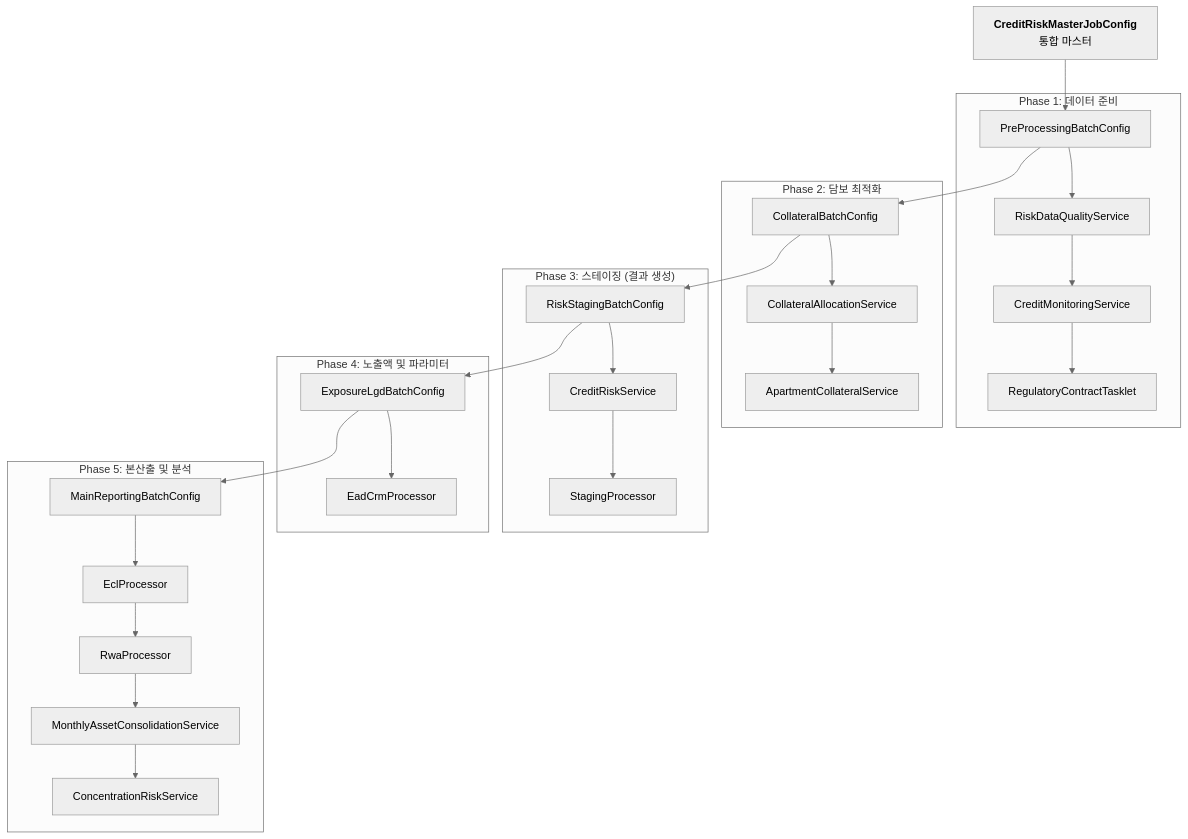
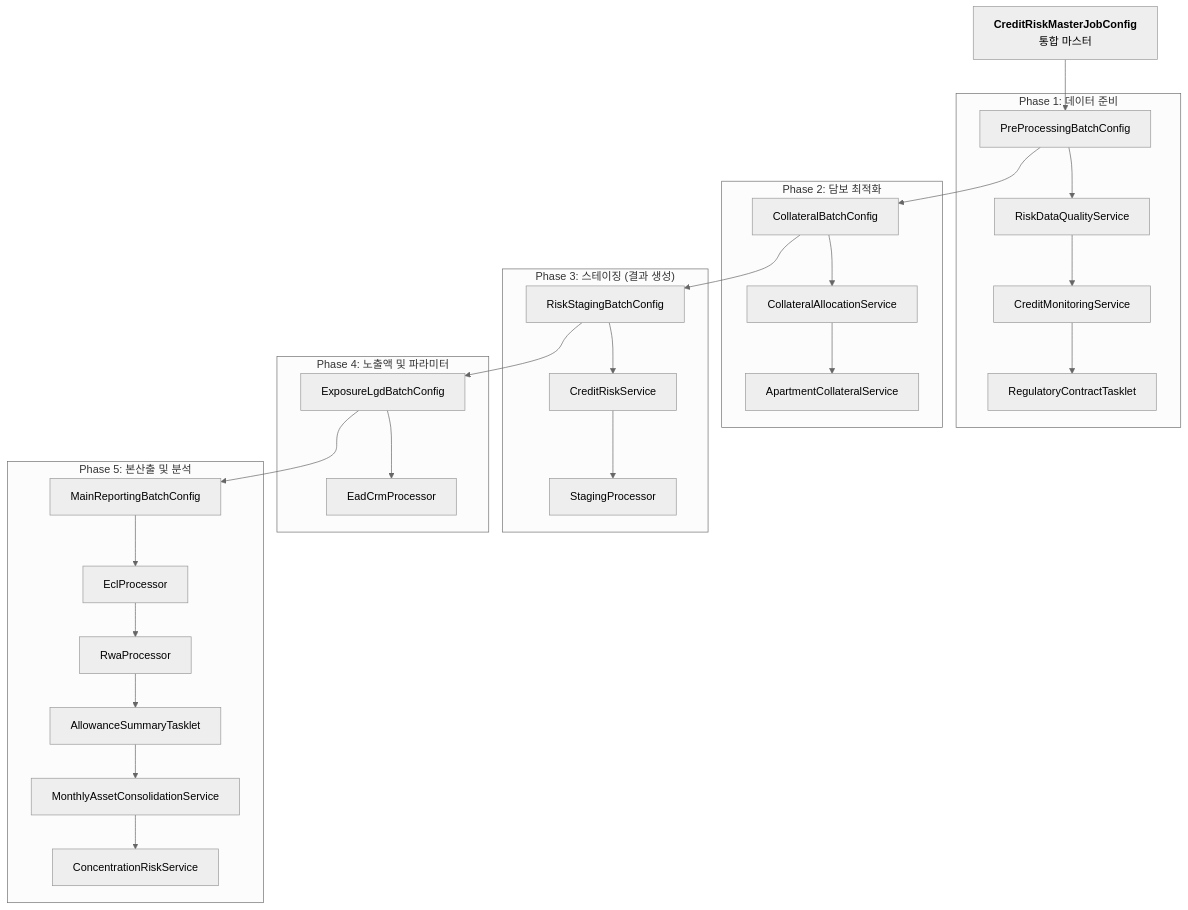
Before and after one commit to skyg547/account: the diagram in ecl/docs/BATCH_EXECUTION_FLOW.md, drawn with Mermaid (neutral theme). The commit also changed other lines of this file and 31 other files, not shown here.

````diff
--- a/ecl/docs/BATCH_EXECUTION_FLOW.md
+++ b/ecl/docs/BATCH_EXECUTION_FLOW.md
@@ -9,39 +9,40 @@
 ```mermaid
 graph TD
     Master[<b>CreditRiskMasterJobConfig</b><br/>통합 마스터] --> Job1
     
     subgraph "Phase 1: 데이터 준비"
         Job1[PreProcessingBatchConfig] --> DQ[RiskDataQualityService]
         DQ --> Mon[CreditMonitoringService]
         Mon --> Reg[RegulatoryContractTasklet]
     end
 
     Job1 --> Job2
 
     subgraph "Phase 2: 담보 최적화"
         Job2[CollateralBatchConfig] --> Alloc[CollateralAllocationService]
         Alloc --> Apt[ApartmentCollateralService]
     end
 
     Job2 --> Job3
 
     subgraph "Phase 3: 스테이징 (결과 생성)"
         Job3[RiskStagingBatchConfig] --> Prep[CreditRiskService]
         Prep --> Staging[StagingProcessor]
     end
 
     Job3 --> Job4
 
     subgraph "Phase 4: 노출액 및 파라미터"
         Job4[ExposureLgdBatchConfig] --> EadCrm[EadCrmProcessor]
     end
 
     Job4 --> Job5
 
     subgraph "Phase 5: 본산출 및 분석"
         Job5[MainReportingBatchConfig] --> ECL[EclProcessor]
         ECL --> RWA[RwaProcessor]
-        RWA --> Cons[MonthlyAssetConsolidationService]
+        RWA --> ALW[AllowanceSummaryTasklet]
+        ALW --> Cons[MonthlyAssetConsolidationService]
         Cons --> HHI[ConcentrationRiskService]
     end
 ```
````
